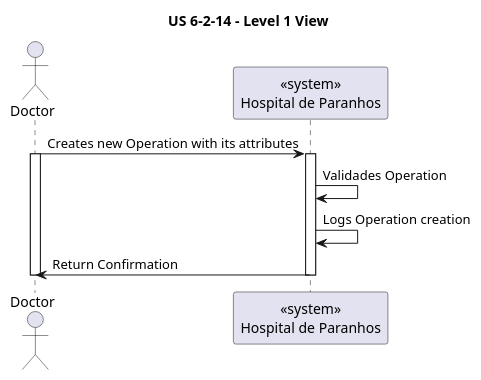
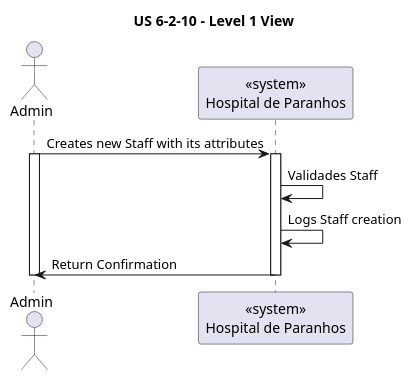
One commit to andredsferreira/p5sem-3dj-g59 changed the diagram in docs/user_stories/sprint-b/6-2-10/views/level-1/US6-2-10-level-1-view.puml. Above: the diagram before and after it, drawn with PlantUML. The commit also changed other lines of this file and 7 other files, not shown here.

```diff
--- a/docs/user_stories/sprint-b/6-2-10/views/level-1/US6-2-10-level-1-view.puml
+++ b/docs/user_stories/sprint-b/6-2-10/views/level-1/US6-2-10-level-1-view.puml
@@ -11,20 +11,20 @@
 @startuml
 
-title US 6-2-14 - Level 1 View
+title US 6-2-10 - Level 1 View
 
-actor Doctor as U
+actor Admin as U
 participant "<<system>>\nHospital de Paranhos" as web
 
-U -> web : Creates new Operation with its attributes
+U -> web : Creates new Staff with its attributes
 activate U
 activate web
-web -> web : Validades Operation
-web -> web : Logs Operation creation
+web -> web : Validades Staff
+web -> web : Logs Staff creation
 web -> U : Return Confirmation
 deactivate web
 deactivate U
 
 
 
 
 @enduml
```
